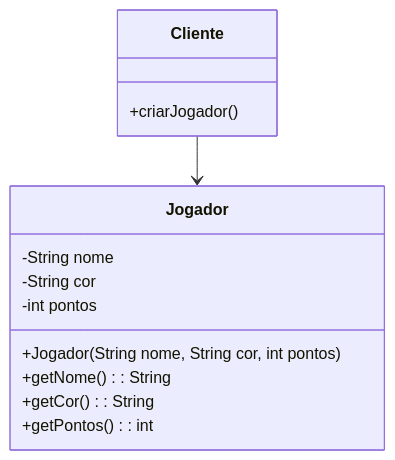
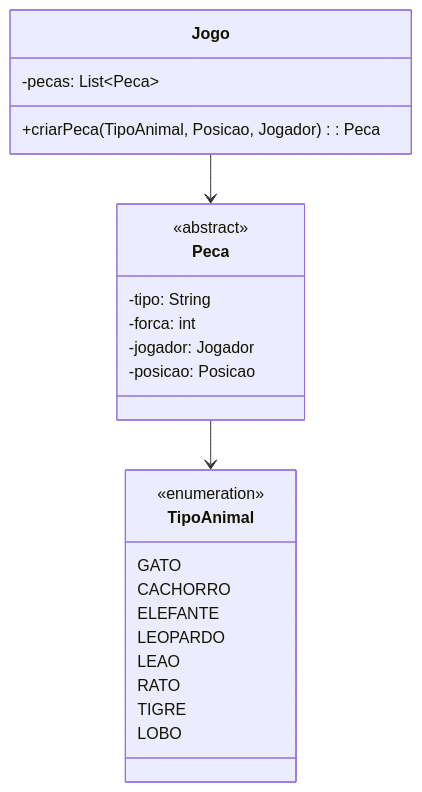
One commit to 20242-ifba-saj-ads-ppr/framework-equipe4 changed the first of 14 diagrams in README.md. Above: the diagram before and after it, drawn with Mermaid.

````diff
--- a/README.md
+++ b/README.md
@@ -21,18 +21,31 @@
 ```mermaid
 classDiagram
-	class Jogador {
-		-String nome
-		-String cor
-		-int pontos
-		+Jogador(String nome, String cor, int pontos)
-		+getNome(): String
-		+getCor(): String
-		+getPontos(): int
-	}
+    class Peca {
+        <<abstract>>
+        -tipo: String
+        -forca: int
+        -jogador: Jogador
+        -posicao: Posicao
+    }
 
-	class Cliente {
-		+criarJogador()
-	}
+    class TipoAnimal {
+        <<enumeration>>
+        GATO
+        CACHORRO
+        ELEFANTE
+        LEOPARDO
+        LEAO
+        RATO
+        TIGRE
+        LOBO
+    }
 
-	Cliente --> Jogador
+    class Jogo {
+        -pecas: List~Peca~
+        +criarPeca(TipoAnimal, Posicao, Jogador): Peca
+    }
+
+    Peca --> TipoAnimal
+    Jogo --> Peca
+   
 ```
````
